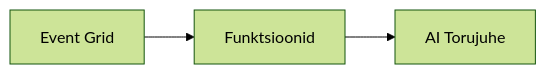
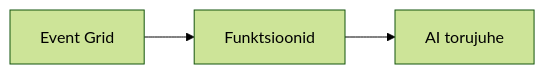
Before and after one commit to microsoft/AZD-for-beginners: the second of 2 diagrams in translations/et/docs/chapter-08-production/README.md, drawn with Mermaid (forest theme). The commit also changed other lines of this file and 104 other files, not shown here.

````diff
--- a/translations/et/docs/chapter-08-production/README.md
+++ b/translations/et/docs/chapter-08-production/README.md
@@ -56,4 +57,4 @@
 ```mermaid
 graph LR
-    EventGrid[Event Grid] --> Functions[Funktsioonid] --> Pipeline[AI Torujuhe]
+    EventGrid[Event Grid] --> Functions[Funktsioonid] --> Pipeline[AI torujuhe]
 ```
````
